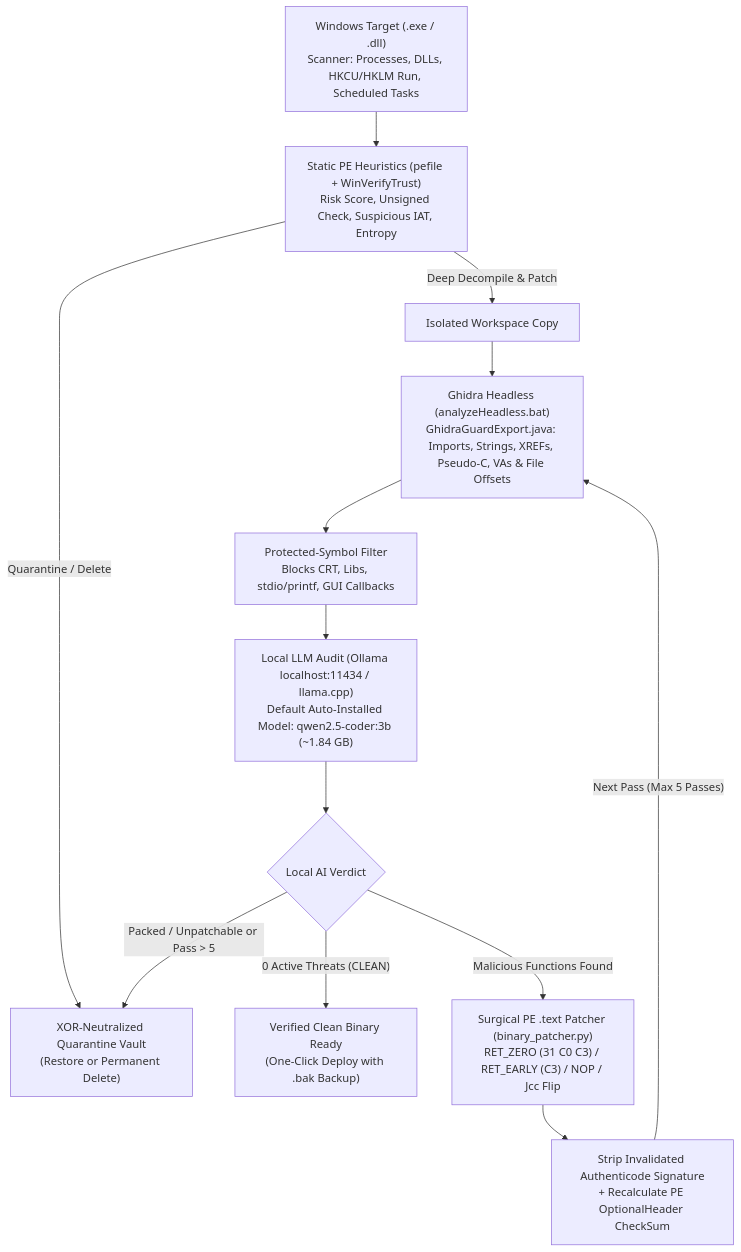
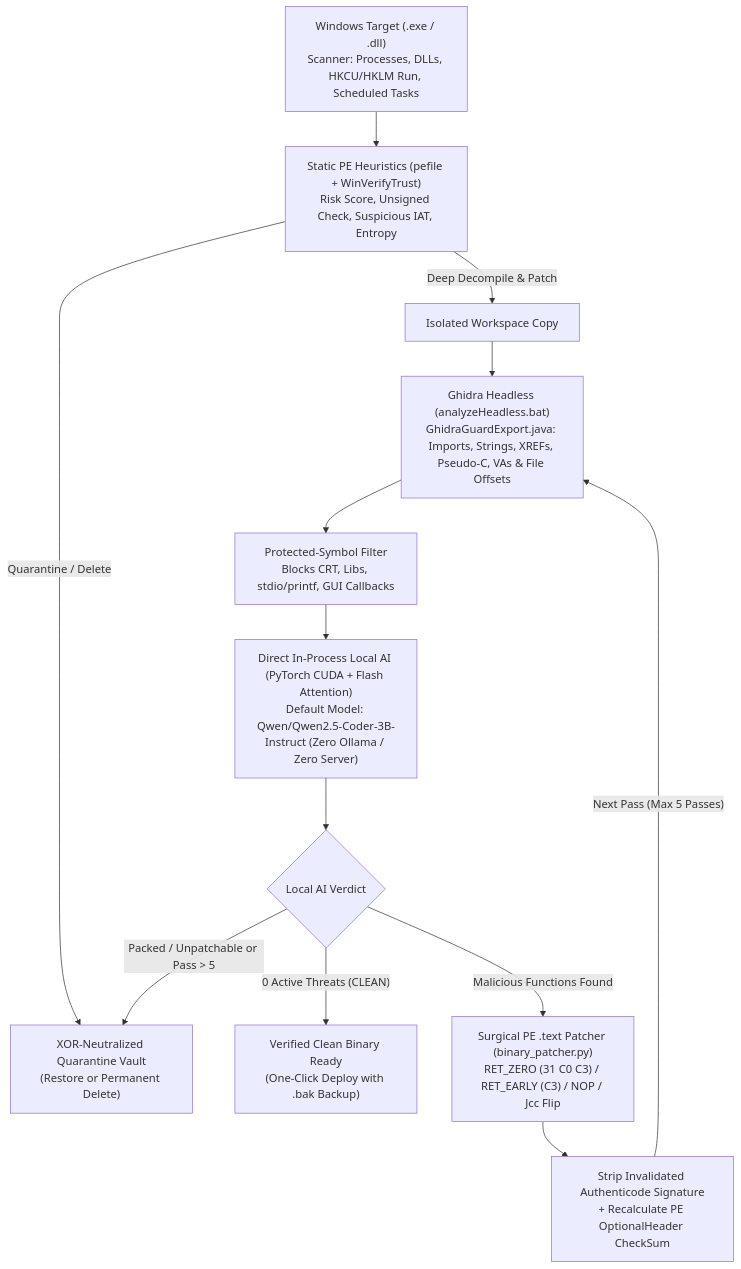
One commit to FlaxyDitto-dev/BinShield changed the first of 2 diagrams in README.md. Above: the diagram before and after it, drawn with Mermaid. The commit also changed other lines of this file and 47 other files, not shown here.

Commit message:
v0.2.0-beta.1: Direct CUDA + Flash Attention AI, strip Ollama, and add 100% offline Android edition

````diff
--- a/README.md
+++ b/README.md
@@ -18,15 +21,15 @@
 ```mermaid
 flowchart TD
     A["Windows Target (.exe / .dll)<br/>Scanner: Processes, DLLs, HKCU/HKLM Run, Scheduled Tasks"] --> B["Static PE Heuristics (pefile + WinVerifyTrust)<br/>Risk Score, Unsigned Check, Suspicious IAT, Entropy"]
     B -->|Quarantine / Delete| Q["XOR-Neutralized Quarantine Vault<br/>(Restore or Permanent Delete)"]
     B -->|Deep Decompile & Patch| C["Isolated Workspace Copy"]
     C --> D["Ghidra Headless (analyzeHeadless.bat)<br/>GhidraGuardExport.java: Imports, Strings, XREFs, Pseudo-C, VAs & File Offsets"]
     D --> E["Protected-Symbol Filter<br/>Blocks CRT, Libs, stdio/printf, GUI Callbacks"]
-    E --> F["Local LLM Audit (Ollama localhost:11434 / llama.cpp)<br/>Default Auto-Installed Model: qwen2.5-coder:3b (~1.84 GB)"]
+    E --> F["Direct In-Process Local AI (PyTorch CUDA + Flash Attention)<br/>Default Model: Qwen/Qwen2.5-Coder-3B-Instruct (Zero Ollama / Zero Server)"]
     F --> G{"Local AI Verdict"}
     G -->|"0 Active Threats (CLEAN)"| H["Verified Clean Binary Ready<br/>(One-Click Deploy with .bak Backup)"]
     G -->|"Packed / Unpatchable or Pass > 5"| Q
     G -->|"Malicious Functions Found"| I["Surgical PE .text Patcher (binary_patcher.py)<br/>RET_ZERO (31 C0 C3) / RET_EARLY (C3) / NOP / Jcc Flip"]
     I --> J["Strip Invalidated Authenticode Signature<br/>+ Recalculate PE OptionalHeader CheckSum"]
     J -->|"Next Pass (Max 5 Passes)"| D
 ```
````
